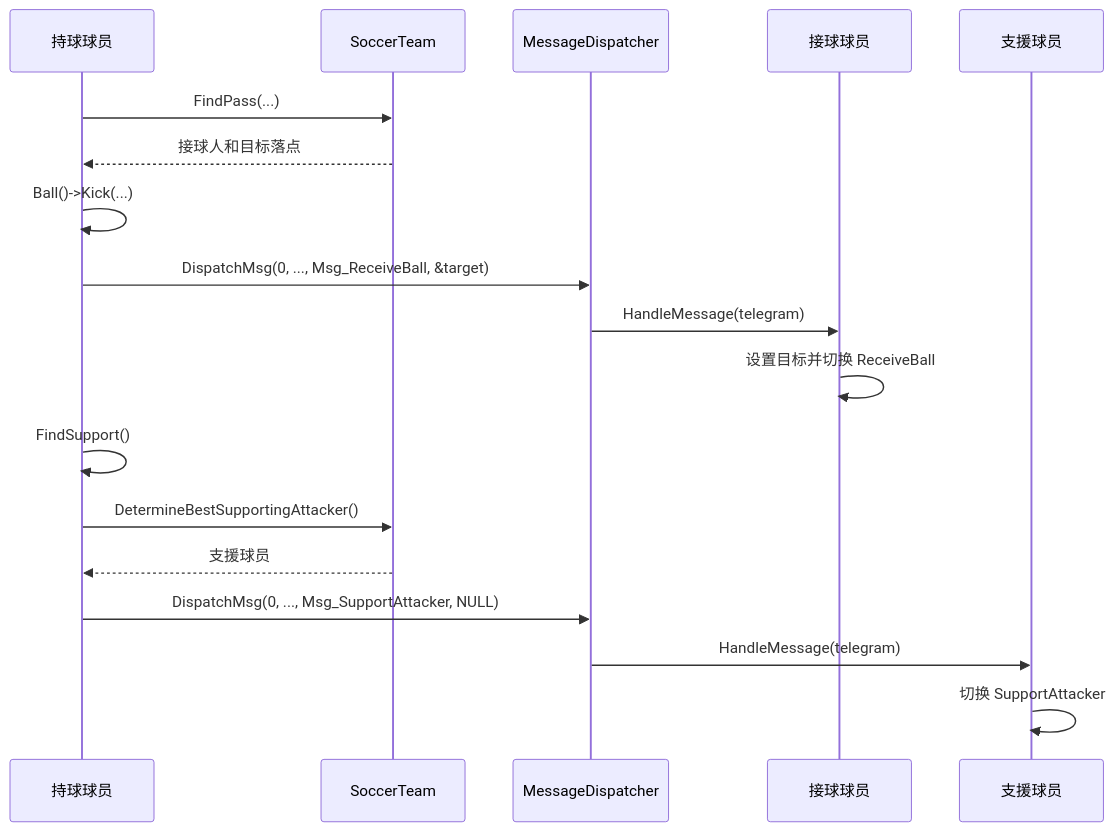
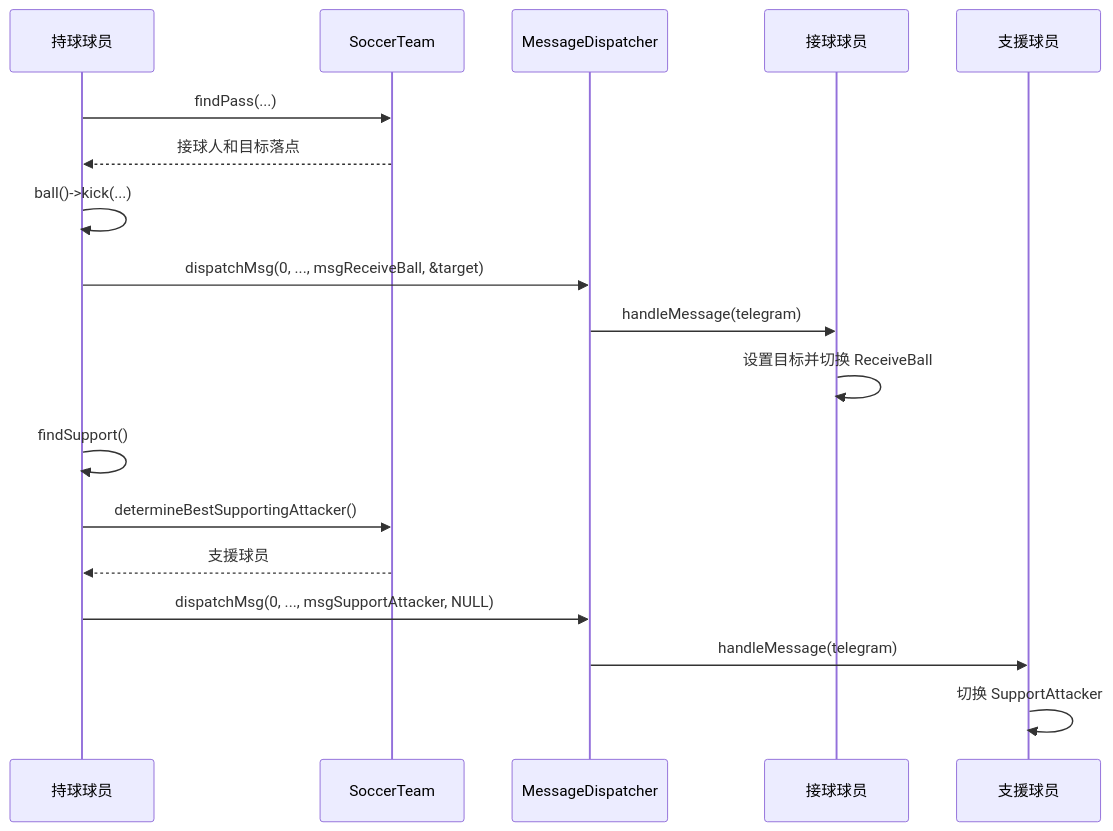
The seventh of 7 diagrams in DESIGN.md (blizzardinto/fsm), drawn with Mermaid before and after one commit. The commit also changed other lines of this file and 78 other files, not shown here.

````diff
--- a/DESIGN.md
+++ b/DESIGN.md
@@ -581,20 +581,20 @@
 ```mermaid
 sequenceDiagram
     participant Passer as 持球球员
-    participant Team as SoccerTeam
-    participant Dispatcher as MessageDispatcher
-    participant Receiver as 接球球员
+    participant team as SoccerTeam
+    participant dispatcher as MessageDispatcher
+    participant receiver as 接球球员
     participant Supporter as 支援球员
-    Passer->>Team: FindPass(...)
-    Team-->>Passer: 接球人和目标落点
-    Passer->>Passer: Ball()->Kick(...)
-    Passer->>Dispatcher: DispatchMsg(0, ..., Msg_ReceiveBall, &target)
-    Dispatcher->>Receiver: HandleMessage(telegram)
-    Receiver->>Receiver: 设置目标并切换 ReceiveBall
-    Passer->>Passer: FindSupport()
-    Passer->>Team: DetermineBestSupportingAttacker()
-    Team-->>Passer: 支援球员
-    Passer->>Dispatcher: DispatchMsg(0, ..., Msg_SupportAttacker, NULL)
-    Dispatcher->>Supporter: HandleMessage(telegram)
+    Passer->>team: findPass(...)
+    team-->>Passer: 接球人和目标落点
+    Passer->>Passer: ball()->kick(...)
+    Passer->>dispatcher: dispatchMsg(0, ..., msgReceiveBall, &target)
+    dispatcher->>receiver: handleMessage(telegram)
+    receiver->>receiver: 设置目标并切换 ReceiveBall
+    Passer->>Passer: findSupport()
+    Passer->>team: determineBestSupportingAttacker()
+    team-->>Passer: 支援球员
+    Passer->>dispatcher: dispatchMsg(0, ..., msgSupportAttacker, NULL)
+    dispatcher->>Supporter: handleMessage(telegram)
     Supporter->>Supporter: 切换 SupportAttacker
 ```
````
